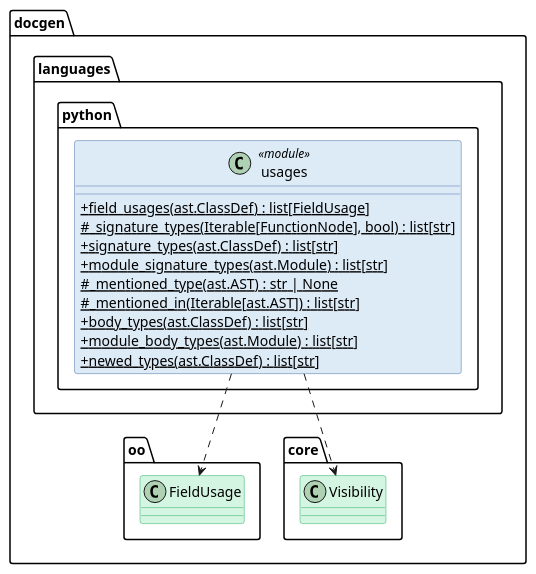
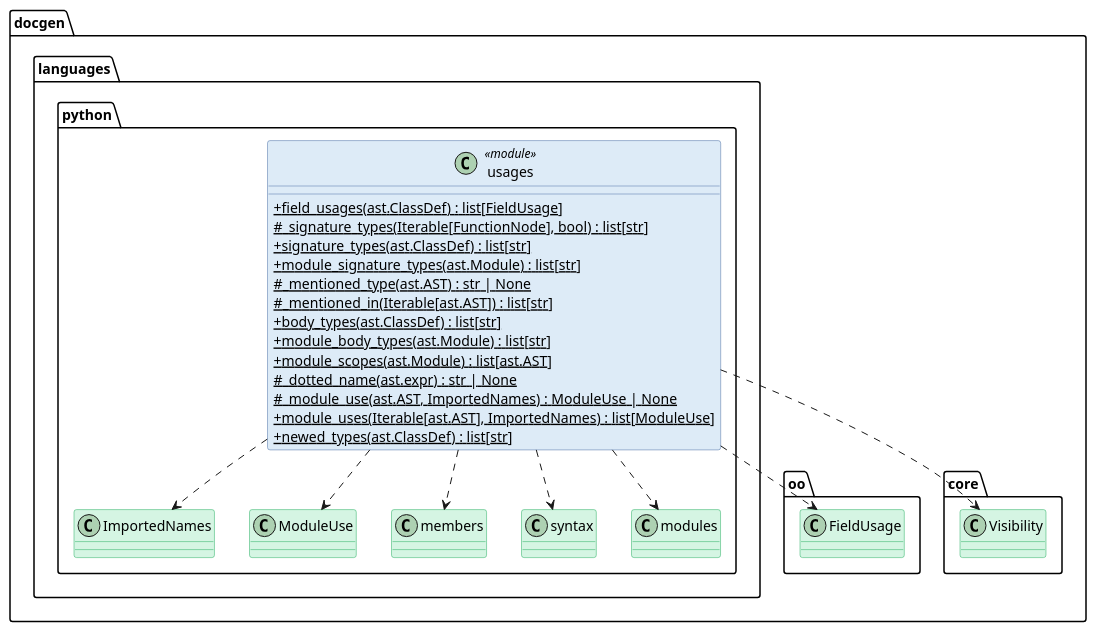
One commit to Boulede987/DocGeneration changed the diagram in docs/Modelisation/ClassDiagram-Full/docgen/languages/python/usages.puml. Above: the diagram before and after it, drawn with PlantUML. The commit also changed 100 other files, not shown here.

First line of the commit message:
feat(python): draw dependencies on other modules' functions and constants

```diff
--- a/docs/Modelisation/ClassDiagram-Full/docgen/languages/python/usages.puml
+++ b/docs/Modelisation/ClassDiagram-Full/docgen/languages/python/usages.puml
@@ -1,52 +1,61 @@
 @startuml usages
 
 skinparam classAttributeIconSize 0
 skinparam shadowing false
 
 skinparam class {
   BackgroundColor<<interface>> #D6EAF8
   BorderColor<<interface>> #2E86C1
 }
 skinparam class {
   BackgroundColor<<abstract>> #E8DAEF
   BorderColor<<abstract>> #8E44AD
 }
 skinparam class {
   BackgroundColor #D5F5E3
   BorderColor #27AE60
 }
 skinparam class {
   BackgroundColor<<dataclass>> #FCF3CF
   BorderColor<<dataclass>> #B7950B
 }
 skinparam class {
   BackgroundColor<<module>> #DDEBF7
   BorderColor<<module>> #4A6FA5
 }
 skinparam class {
   BackgroundColor<<static>> #a7faa0
   BorderColor<<static>> #38d610
 }
 skinparam class {
   BackgroundColor<<enum>> #F5B7B1
   BorderColor<<enum>> #C0392B
 }
 
 namespace docgen.languages.python {
 class usages <<module>> {
   + {static} field_usages(ast.ClassDef) : list[FieldUsage]
   # {static} _signature_types(Iterable[FunctionNode], bool) : list[str]
   + {static} signature_types(ast.ClassDef) : list[str]
   + {static} module_signature_types(ast.Module) : list[str]
   # {static} _mentioned_type(ast.AST) : str | None
   # {static} _mentioned_in(Iterable[ast.AST]) : list[str]
   + {static} body_types(ast.ClassDef) : list[str]
   + {static} module_body_types(ast.Module) : list[str]
+  + {static} module_scopes(ast.Module) : list[ast.AST]
+  # {static} _dotted_name(ast.expr) : str | None
+  # {static} _module_use(ast.AST, ImportedNames) : ModuleUse | None
+  + {static} module_uses(Iterable[ast.AST], ImportedNames) : list[ModuleUse]
   + {static} newed_types(ast.ClassDef) : list[str]
 }
 }
 
 docgen.languages.python.usages ..> docgen.oo.FieldUsage
+docgen.languages.python.usages ..> docgen.languages.python.ImportedNames
+docgen.languages.python.usages ..> docgen.languages.python.ModuleUse
 docgen.languages.python.usages ..> docgen.core.Visibility
+docgen.languages.python.usages ..> docgen.languages.python.members
+docgen.languages.python.usages ..> docgen.languages.python.syntax
+docgen.languages.python.usages ..> docgen.languages.python.modules
 
 @enduml
```
